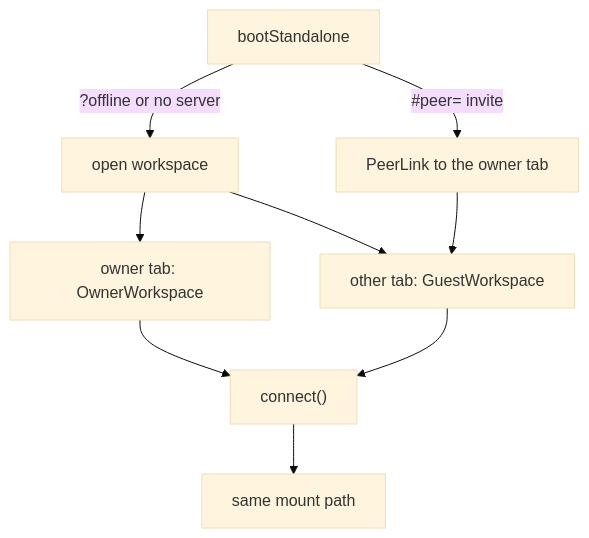
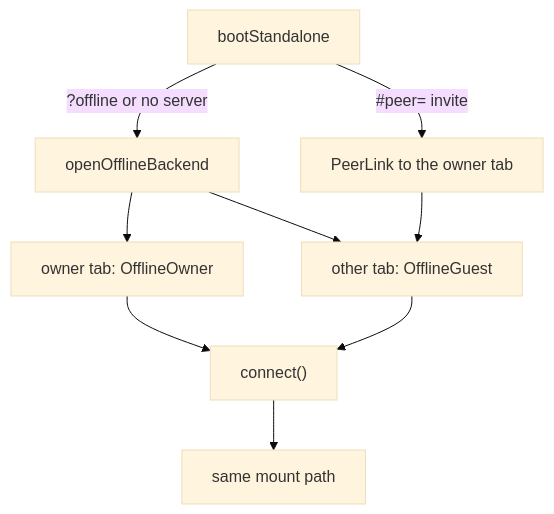
Diagram 12 of 14 in packages/editors/host/ARCHITECTURE.md (JollyPixel/editor), drawn with Mermaid (base theme) before and after one commit. The commit also changed other lines of this file and 174 other files, not shown here.

````diff
--- a/packages/editors/host/ARCHITECTURE.md
+++ b/packages/editors/host/ARCHITECTURE.md
@@ -190,11 +190,11 @@
 ```mermaid
 flowchart TB
-    Boot["bootStandalone"] -->|"?offline or no server"| Open["open workspace"]
+    Boot["bootStandalone"] -->|"?offline or no server"| Open["openOfflineBackend"]
     Boot -->|"#peer= invite"| Peer["PeerLink to the owner tab"]
-    Open --> Owner["owner tab: OwnerWorkspace"]
-    Open --> Remote["other tab: GuestWorkspace"]
+    Open --> Owner["owner tab: OfflineOwner"]
+    Open --> Remote["other tab: OfflineGuest"]
     Peer --> Remote
     Owner --> Connect["connect()"]
     Remote --> Connect
     Connect --> Mount["same mount path"]
 ```
````
